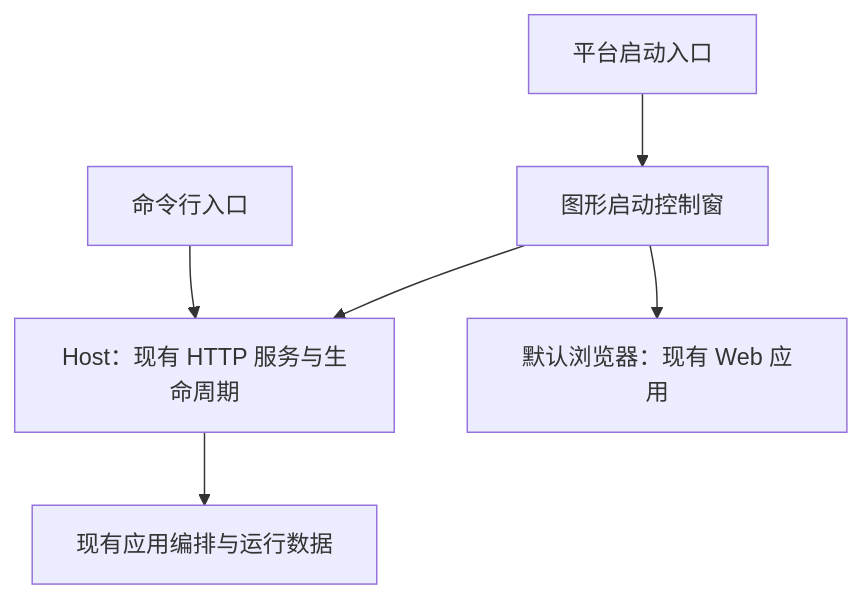
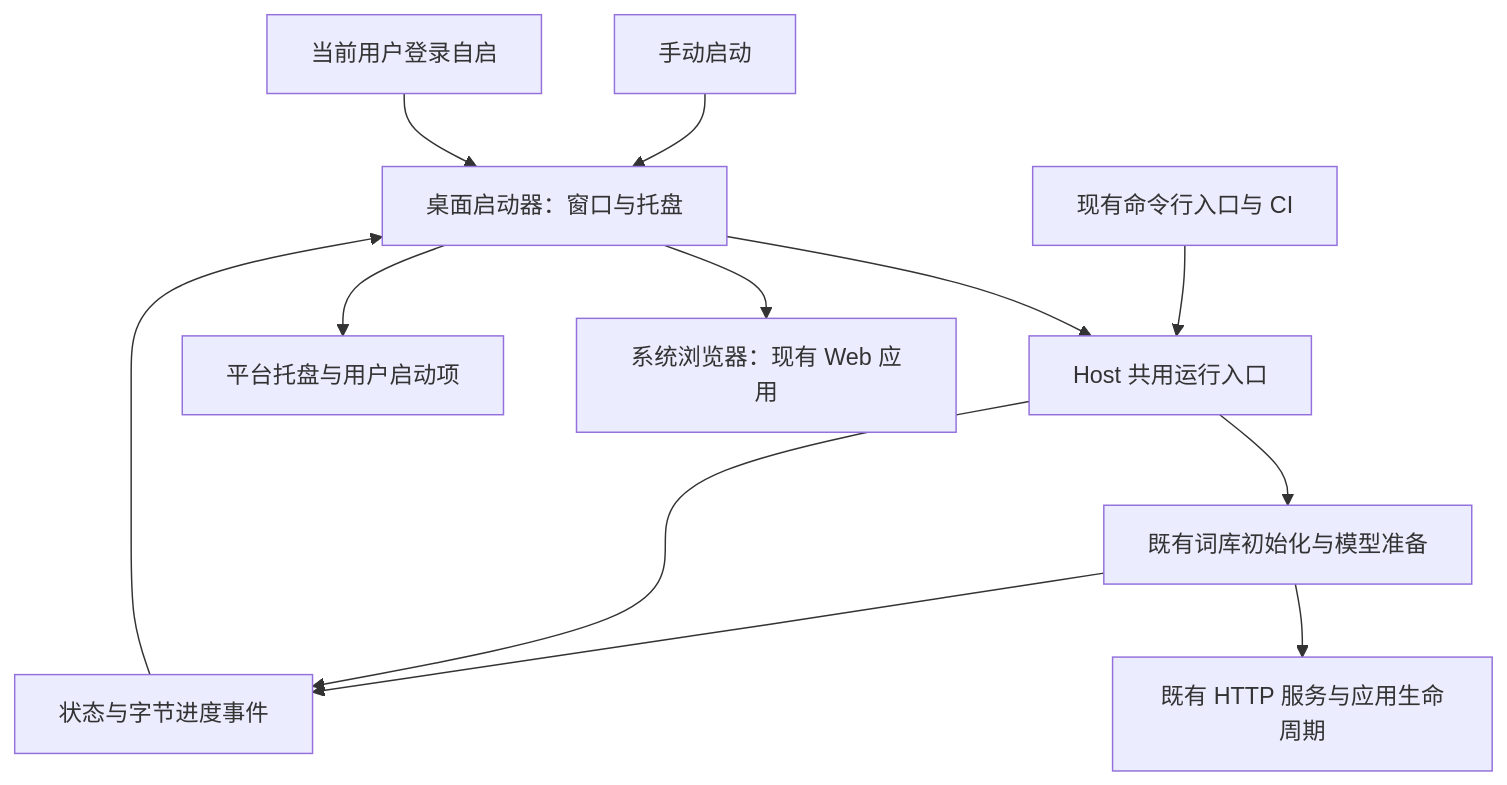
The first of 2 diagrams in docs/dev/issues/desktop-launcher.md (Lykr/pictide), drawn with Mermaid before and after one commit. The commit also changed other lines of this file and 1 other file, not shown here.

Commit message:
docs(launcher): plan lightweight tray and startup controls

````diff
--- a/docs/dev/issues/desktop-launcher.md
+++ b/docs/dev/issues/desktop-launcher.md
@@ -31,8 +11,14 @@
 ```mermaid
 flowchart TD
-    Entry[平台启动入口] --> Launcher[图形启动控制窗]
-    Launcher --> Host[Host：现有 HTTP 服务与生命周期]
-    Host --> App[现有应用编排与运行数据]
-    Launcher --> Browser[默认浏览器：现有 Web 应用]
-    CLI[命令行入口] --> Host
+    Manual[手动启动] --> Desktop[桌面启动器：窗口与托盘]
+    Login[当前用户登录自启] --> Desktop
+    Desktop --> Runtime[Host 共用运行入口]
+    Runtime --> Prepare[既有词库初始化与模型准备]
+    Prepare --> App[既有 HTTP 服务与应用生命周期]
+    Prepare --> Events[状态与字节进度事件]
+    Runtime --> Events
+    Events --> Desktop
+    Desktop --> Browser[系统浏览器：现有 Web 应用]
+    Desktop --> System[平台托盘与用户启动项]
+    CLI[现有命令行入口与 CI] --> Runtime
 ```
````
